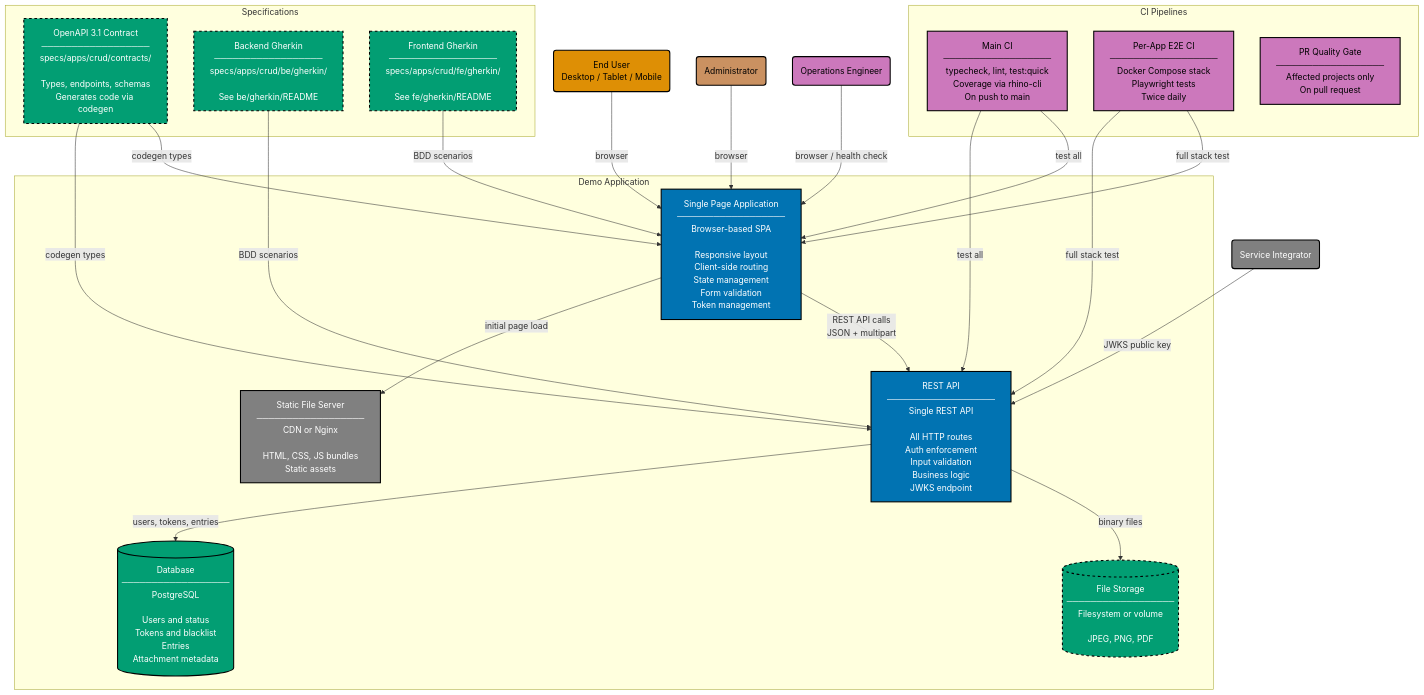
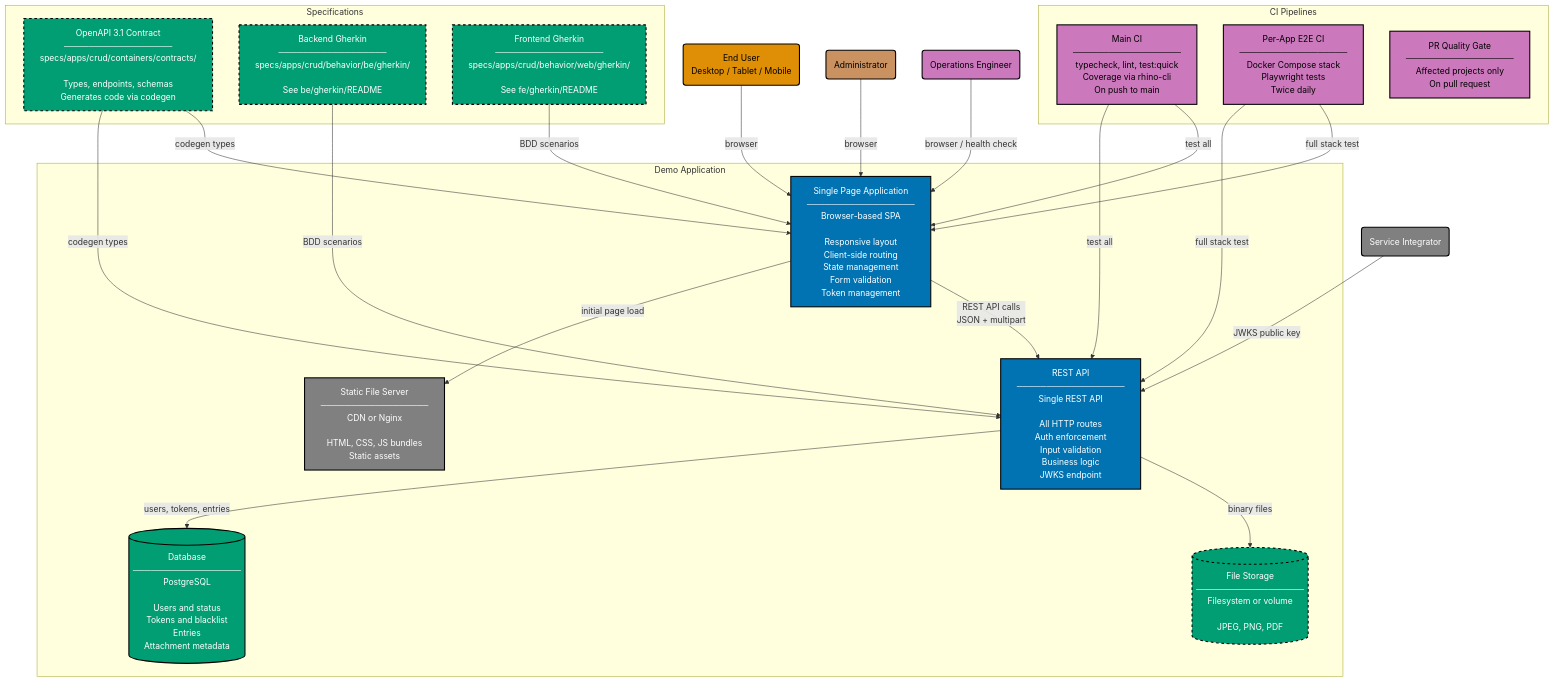
One commit to wahidyankf/ose-primer changed the diagram in specs/apps/crud/containers/container.md. Above: the diagram before and after it, drawn with Mermaid. The commit also changed other lines of this file and 81 other files, not shown here.

````diff
--- a/specs/apps/crud/containers/container.md
+++ b/specs/apps/crud/containers/container.md
@@ -13,69 +13,69 @@
 ```mermaid
 %% Color Palette: Blue #0173B2 | Orange #DE8F05 | Teal #029E73 | Purple #CC78BC | Brown #CA9161 | Gray #808080
 graph TD
     EU("End User<br/>Desktop / Tablet / Mobile"):::actor
     ADM("Administrator"):::actor_admin
     OPS("Operations Engineer"):::actor_ops
     SI("Service Integrator"):::actor_si
 
     subgraph SYSTEM["Demo Application"]
         SPA["Single Page Application<br/>──────────────────<br/>Browser-based SPA<br/><br/>Responsive layout<br/>Client-side routing<br/>State management<br/>Form validation<br/>Token management"]:::container_fe
 
         STATIC["Static File Server<br/>──────────────────<br/>CDN or Nginx<br/><br/>HTML, CSS, JS bundles<br/>Static assets"]:::infra
 
         API["REST API<br/>──────────────────<br/>Single REST API<br/><br/>All HTTP routes<br/>Auth enforcement<br/>Input validation<br/>Business logic<br/>JWKS endpoint"]:::container_be
 
         DB[("Database<br/>──────────────────<br/>PostgreSQL<br/><br/>Users and status<br/>Tokens and blacklist<br/>Entries<br/>Attachment metadata")]:::datastore
 
         FS[("File Storage<br/>──────────────────<br/>Filesystem or volume<br/><br/>JPEG, PNG, PDF")]:::filestorage
     end
 
     subgraph SPECS["Specifications"]
-        CONTRACT["OpenAPI 3.1 Contract<br/>──────────────────<br/>specs/apps/crud/contracts/<br/><br/>Types, endpoints, schemas<br/>Generates code via codegen"]:::spec
+        CONTRACT["OpenAPI 3.1 Contract<br/>──────────────────<br/>specs/apps/crud/containers/contracts/<br/><br/>Types, endpoints, schemas<br/>Generates code via codegen"]:::spec
 
-        BE_GHERKIN["Backend Gherkin<br/>──────────────────<br/>specs/apps/crud/be/gherkin/<br/><br/>See be/gherkin/README"]:::spec
+        BE_GHERKIN["Backend Gherkin<br/>──────────────────<br/>specs/apps/crud/behavior/be/gherkin/<br/><br/>See be/gherkin/README"]:::spec
 
-        FE_GHERKIN["Frontend Gherkin<br/>──────────────────<br/>specs/apps/crud/fe/gherkin/<br/><br/>See fe/gherkin/README"]:::spec
+        FE_GHERKIN["Frontend Gherkin<br/>──────────────────<br/>specs/apps/crud/behavior/web/gherkin/<br/><br/>See fe/gherkin/README"]:::spec
     end
 
     subgraph CICD["CI Pipelines"]
         MAIN_CI["Main CI<br/>──────────────────<br/>typecheck, lint, test:quick<br/>Coverage via rhino-cli<br/>On push to main"]:::ci
 
         E2E_CI["Per-App E2E CI<br/>──────────────────<br/>Docker Compose stack<br/>Playwright tests<br/>Twice daily"]:::ci
 
         PR_CI["PR Quality Gate<br/>──────────────────<br/>Affected projects only<br/>On pull request"]:::ci
     end
 
     EU -->|"browser"| SPA
     ADM -->|"browser"| SPA
     OPS -->|"browser / health check"| SPA
     SI -->|"JWKS public key"| API
 
     SPA -->|"initial page load"| STATIC
     SPA -->|"REST API calls<br/>JSON + multipart"| API
 
     API -->|"users, tokens, entries"| DB
     API -->|"binary files"| FS
 
     CONTRACT -->|"codegen types"| API
     CONTRACT -->|"codegen types"| SPA
     BE_GHERKIN -->|"BDD scenarios"| API
     FE_GHERKIN -->|"BDD scenarios"| SPA
 
     MAIN_CI -->|"test all"| API
     MAIN_CI -->|"test all"| SPA
     E2E_CI -->|"full stack test"| API
     E2E_CI -->|"full stack test"| SPA
 
     classDef actor fill:#DE8F05,stroke:#000000,color:#000000,stroke-width:2px
     classDef actor_admin fill:#CA9161,stroke:#000000,color:#000000,stroke-width:2px
     classDef actor_ops fill:#CC78BC,stroke:#000000,color:#000000,stroke-width:2px
     classDef actor_si fill:#808080,stroke:#000000,color:#FFFFFF,stroke-width:2px
     classDef container_fe fill:#0173B2,stroke:#000000,color:#FFFFFF,stroke-width:2px
     classDef container_be fill:#0173B2,stroke:#000000,color:#FFFFFF,stroke-width:2px
     classDef infra fill:#808080,stroke:#000000,color:#FFFFFF,stroke-width:2px
     classDef datastore fill:#029E73,stroke:#000000,color:#FFFFFF,stroke-width:2px
     classDef filestorage fill:#029E73,stroke:#000000,color:#FFFFFF,stroke-width:2px,stroke-dasharray:5 5
     classDef spec fill:#029E73,stroke:#000000,color:#FFFFFF,stroke-width:2px,stroke-dasharray:5 5
     classDef ci fill:#CC78BC,stroke:#000000,color:#000000,stroke-width:2px
 ```
````
